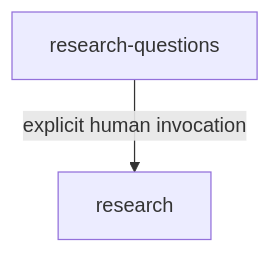
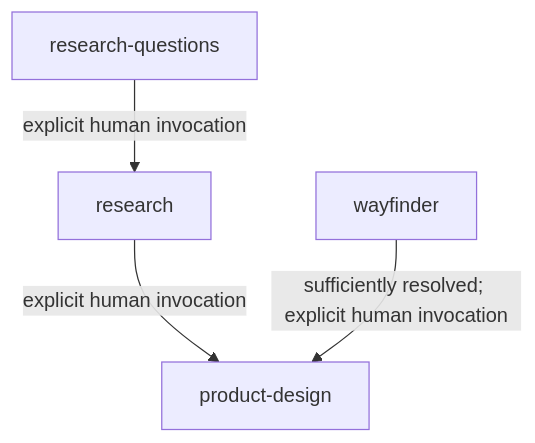
One commit to wienans/humanlayer-agents changed the first of 3 diagrams in README.md. Above: the diagram before and after it, drawn with Mermaid. The commit also changed other lines of this file and 2 other files, not shown here.

````diff
--- a/README.md
+++ b/README.md
@@ -7,4 +7,6 @@
 ```mermaid
 flowchart TD
     A[research-questions] -->|explicit human invocation| B[research]
+    B -->|explicit human invocation| C[product-design]
+    D[wayfinder] -->|sufficiently resolved; explicit human invocation| C
 ```
````
